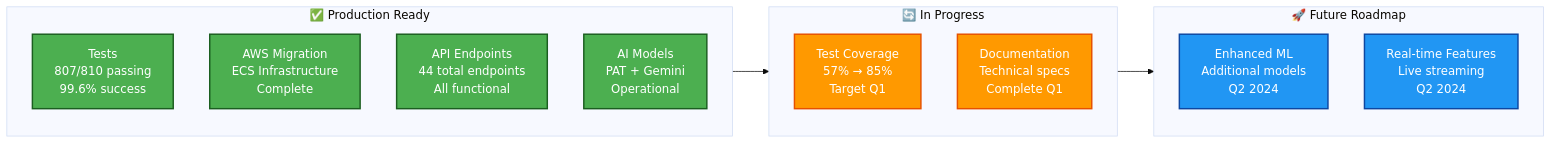
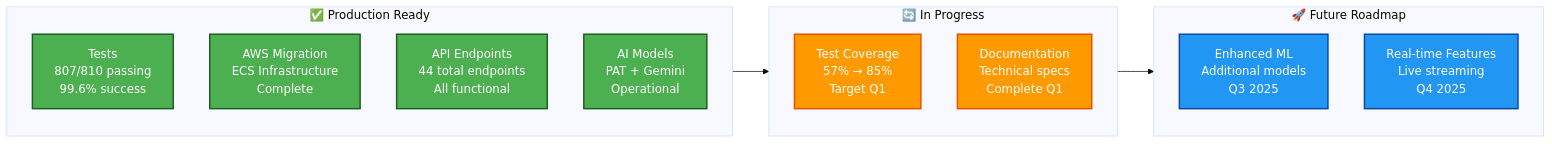
The seventh of 7 diagrams in README.md (Clairty-Digital-Twin/clarity-loop-backend), drawn with Mermaid (base theme) before and after one commit. The commit also changed 7 other files, not shown here.

First line of the commit message:
fix: Update roadmap and timestamps for future features and data consistency

````diff
--- a/README.md
+++ b/README.md
@@ -346,30 +346,30 @@
 ```mermaid
 flowchart LR
     subgraph Complete ["✅ Production Ready"]
         Tests[Tests<br/>807/810 passing<br/>99.6% success]
         AWS[AWS Migration<br/>ECS Infrastructure<br/>Complete]
         API[API Endpoints<br/>44 total endpoints<br/>All functional]
         Models[AI Models<br/>PAT + Gemini<br/>Operational]
     end
     
     subgraph InProgress ["🔄 In Progress"]
         Coverage[Test Coverage<br/>57% → 85%<br/>Target Q1]
         Docs[Documentation<br/>Technical specs<br/>Complete Q1]
     end
     
     subgraph Roadmap ["🚀 Future Roadmap"]
-        Enhanced[Enhanced ML<br/>Additional models<br/>Q2 2024]
-        Realtime[Real-time Features<br/>Live streaming<br/>Q2 2024]
+        Enhanced[Enhanced ML<br/>Additional models<br/>Q3 2025]
+        Realtime[Real-time Features<br/>Live streaming<br/>Q4 2025]
     end
     
     Complete --> InProgress
     InProgress --> Roadmap
     
     classDef complete fill:#4caf50,stroke:#1b5e20,stroke-width:2px,color:white
     classDef progress fill:#ff9900,stroke:#e65100,stroke-width:2px,color:white
     classDef future fill:#2196f3,stroke:#0d47a1,stroke-width:2px,color:white
     
     class Tests,AWS,API,Models complete
     class Coverage,Docs progress
     class Enhanced,Realtime future
 ```
````
